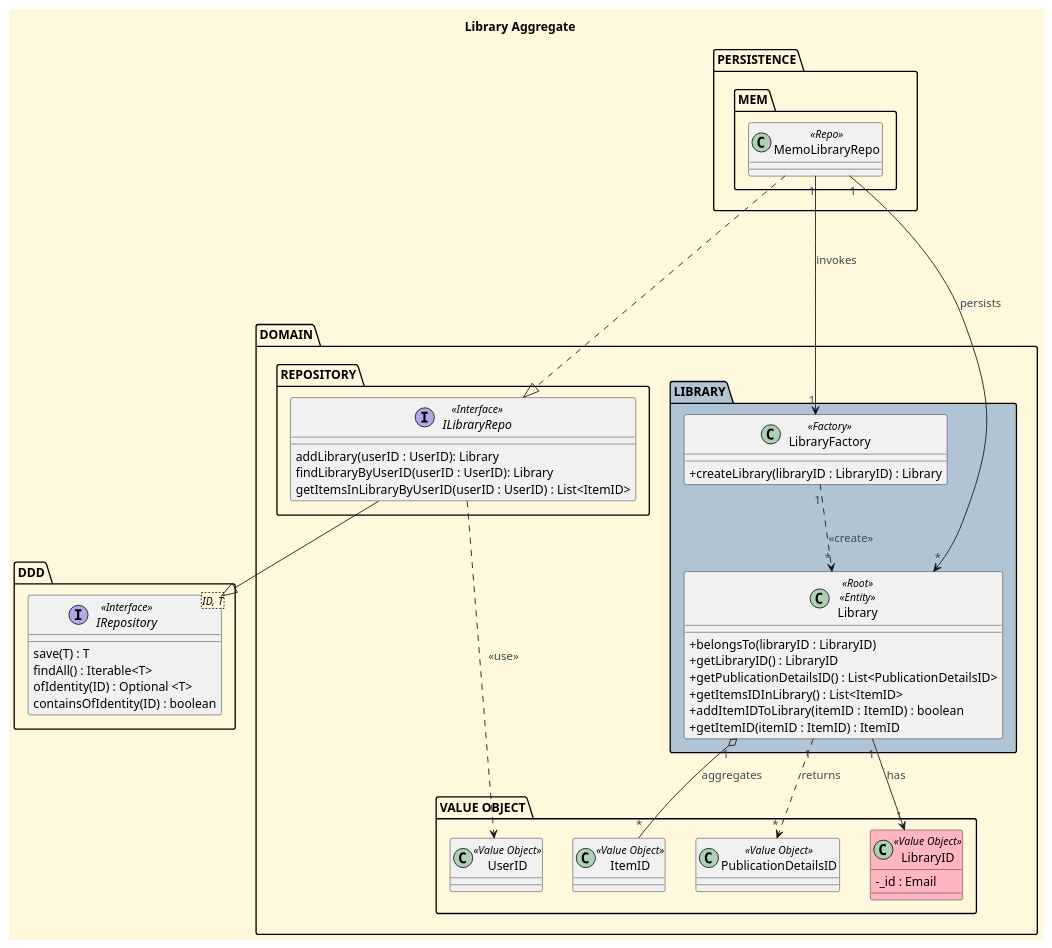
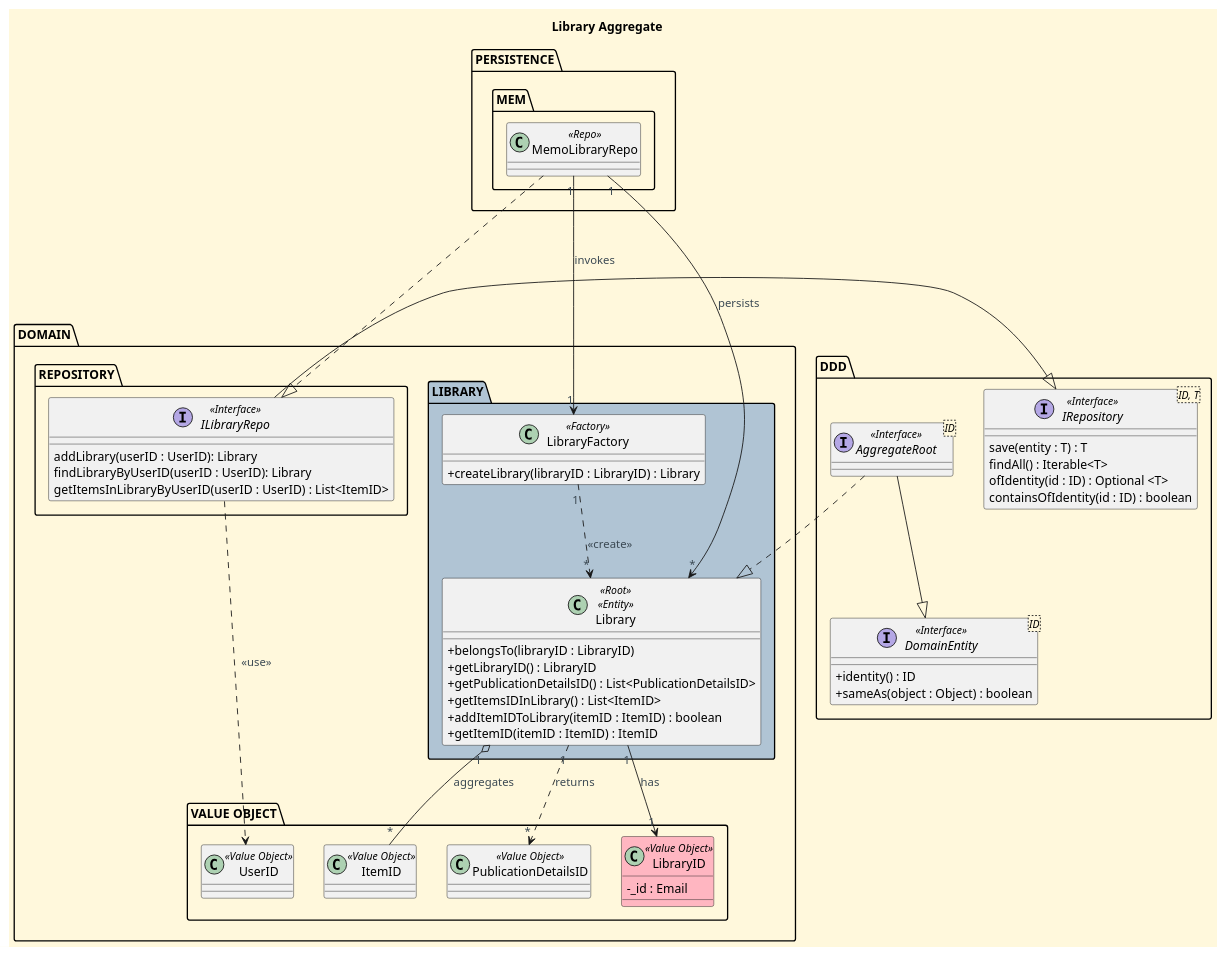
Before and after one commit to CarolinaLeite-collab/JavaMarketplacePlatform: the diagram in docs/aggregates-diagrams/Library_Aggregate.puml, drawn with PlantUML. The commit also changed 5 other files, not shown here.

```diff
--- a/docs/aggregates-diagrams/Library_Aggregate.puml
+++ b/docs/aggregates-diagrams/Library_Aggregate.puml
@@ -1,103 +1,110 @@
 @startuml
 'https://plantuml.com/class-diagram
 title Library Aggregate
 
 '==== basic style ====
 skinparam monochrome false
 skinparam shadowing false
 skinparam defaultFontName Futura
 skinparam objectFontSize 20
 skinparam backgroundColor CornSilk
 skinparam objectBackgroundColor WhiteSmoke
 skinparam noteBackgroundColor #FFFFE0
 skinparam ArrowFontColor #3B4953
 skinparam ActivationBackgroundColor black
 skinparam classAttributeIconSize 0
 
 top to bottom direction
 
 package "PERSISTENCE" {
 
     package "MEM" {
 
         class MemoLibraryRepo <<Repo>> {
 
 '        - _libraries : List<Library>
 '        - libraryExists(libraryID : LibraryId) : boolean
         }
 
     }
 }
 
 package "DOMAIN" {
 
     package "REPOSITORY" {
 
         interface ILibraryRepo <<Interface>> {
         addLibrary(userID : UserID): Library
         findLibraryByUserID(userID : UserID): Library
         getItemsInLibraryByUserID(userID : UserID) : List<ItemID>
         }
 
     }
 
     package "VALUE OBJECT" {
 
         class LibraryID <<Value Object>> #LightPink {
         - _id : Email
         }
         class ItemID <<Value Object>> {}
         class PublicationDetailsID <<Value Object>> {}
         class UserID <<Value Object>>
 
     }
 
     package "LIBRARY" #b0c4d4 {
 
         class Library <<Root>> <<Entity>> {
     '      - _listItems : List<ItemID>
           + belongsTo(libraryID : LibraryID)
           + getLibraryID() : LibraryID
           + getPublicationDetailsID() : List<PublicationDetailsID>
           + getItemsIDInLibrary() : List<ItemID>
           + addItemIDToLibrary(itemID : ItemID) : boolean
           + getItemID(itemID : ItemID) : ItemID
         }
 
         class LibraryFactory <<Factory>> {
         + createLibrary(libraryID : LibraryID) : Library
         }
 
     }
 
 }
 
 Package "DDD" {
 
     interface IRepository<ID, T> <<Interface>> {
-    save(T) : T
+    save(entity : T) : T
     findAll() : Iterable<T>
-    ofIdentity(ID) : Optional <T>
-    containsOfIdentity(ID) : boolean
+    ofIdentity(id : ID) : Optional <T>
+    containsOfIdentity(id : ID) : boolean
     }
+    interface DomainEntity<ID> <<Interface>>{
+    +identity() : ID
+    +sameAs(object : Object) : boolean
+    }
+    interface AggregateRoot<ID> <<Interface>>{}
 
 }
 
 MemoLibraryRepo ...|> ILibraryRepo
 ILibraryRepo --|>  IRepository
+AggregateRoot --|> DomainEntity
+AggregateRoot ..|> Library
 MemoLibraryRepo "1" --> "1" LibraryFactory : invokes
 
 MemoLibraryRepo "1" --> "*" Library : persists
 
 Library "1" --> "1" LibraryID: has
 Library "1" o-- "*" ItemID: aggregates
 Library "1" ..> "*" PublicationDetailsID: returns
 
 LibraryFactory "1" ..> "*" Library: <<create>>
 
 ILibraryRepo ...> UserID : <<use>>
 
 'ILibraryRepo "1" ..> "*" Library: manages
 'ILibraryRepo "1" ..> "*" LibraryId: uses
 
 @enduml
```
